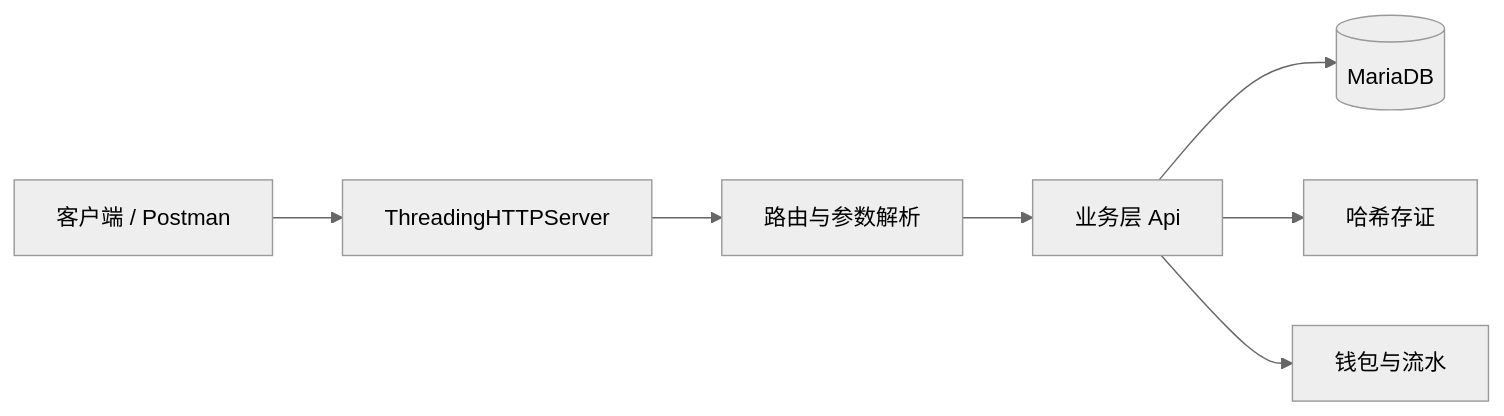
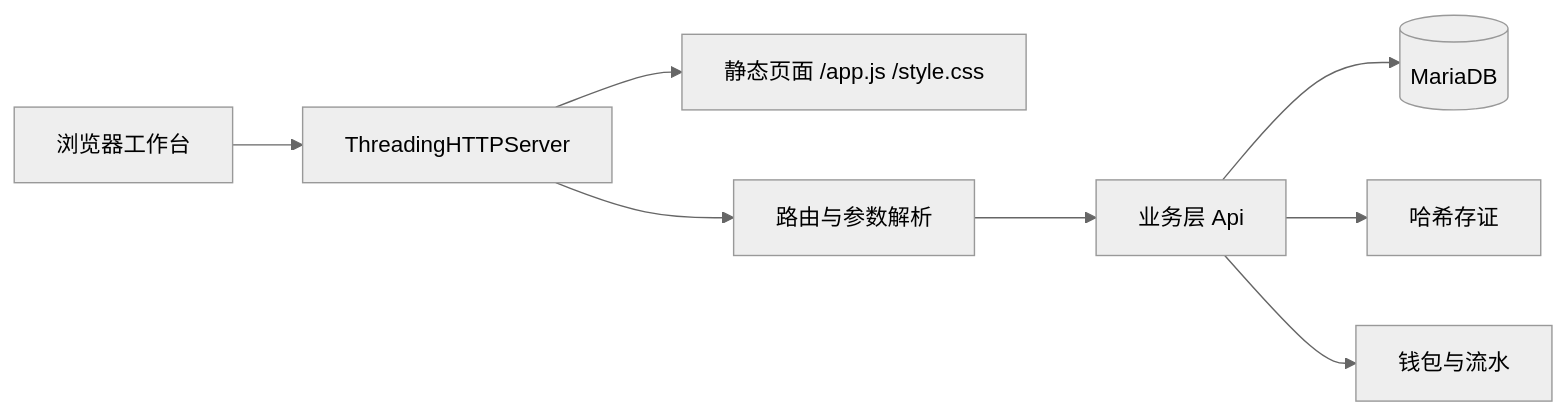
One commit to zhongjiawei-dev/campus-express-service changed the first of 2 diagrams in README.md. Above: the diagram before and after it, drawn with Mermaid (neutral theme). The commit also changed other lines of this file and 17 other files, not shown here.

````diff
--- a/README.md
+++ b/README.md
@@ -31,9 +51,10 @@
 ```mermaid
 flowchart LR
-    C[客户端 / Postman] --> H[ThreadingHTTPServer]
-    H --> R[路由与参数解析]
+    B[浏览器工作台] --> S[ThreadingHTTPServer]
+    S --> W[静态页面 /app.js /style.css]
+    S --> R[路由与参数解析]
     R --> A[业务层 Api]
     A --> DB[(MariaDB)]
     A --> CH[哈希存证]
-    A --> W[钱包与流水]
+    A --> WAL[钱包与流水]
 ```
````
